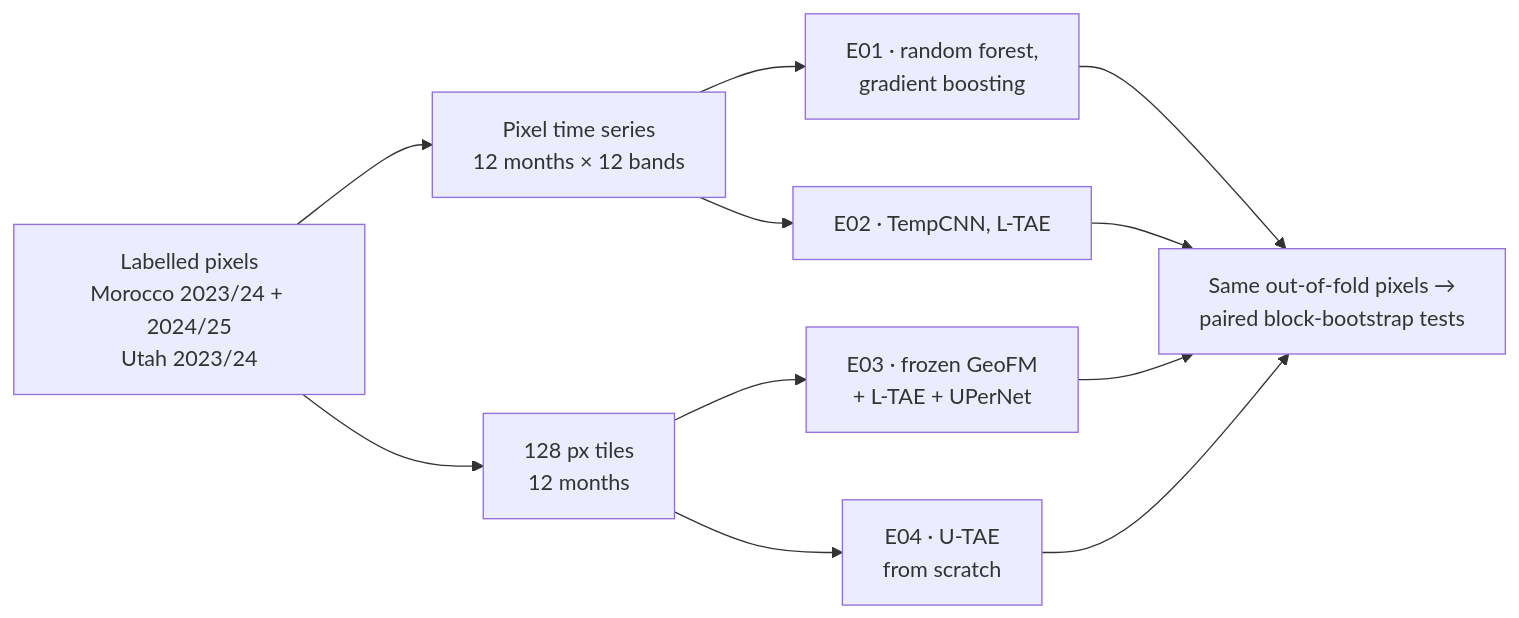
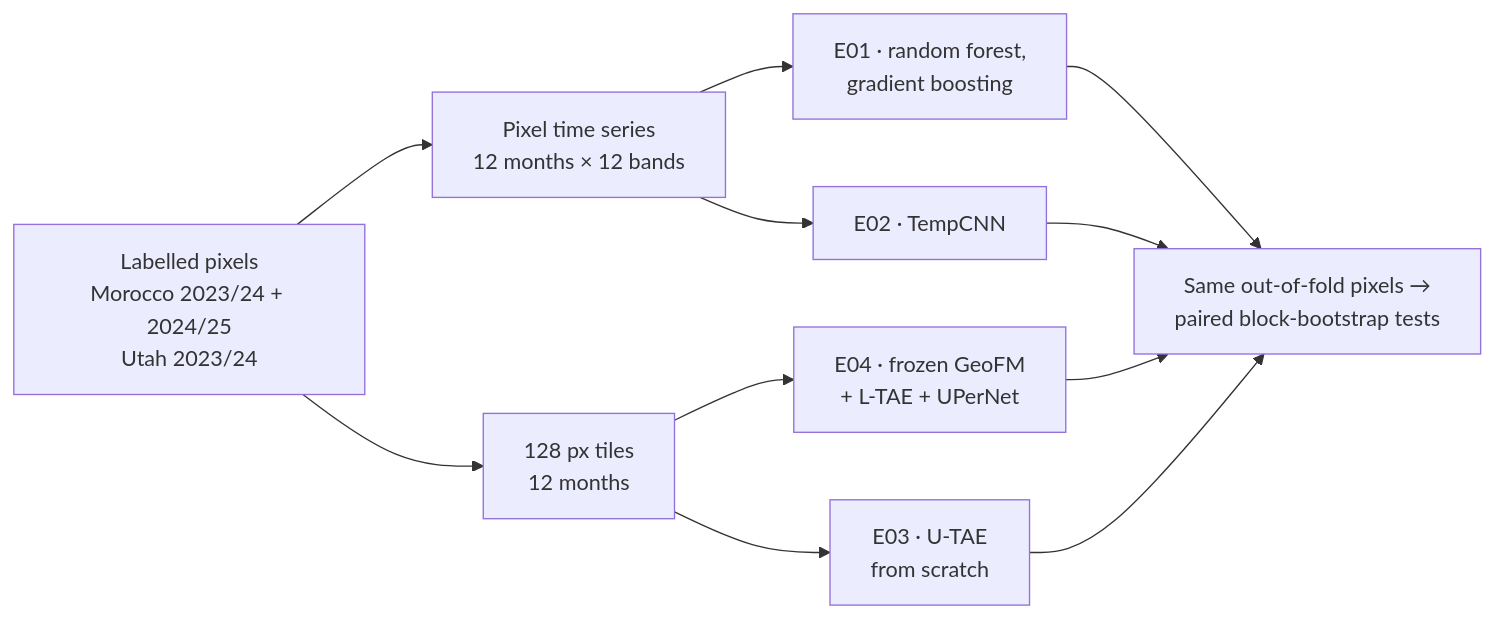
The diagram in docs/phase2_models/experiment_plan.md (amanchry/irrimapping-geofm), drawn with Mermaid before and after one commit. The commit also changed other lines of this file and 123 other files, not shown here.

Commit message:
Renumber E03 U-TAE / E04 frozen GeoFM; comparison page, E05 updates Week 2026-W47: results table and next steps

````diff
--- a/docs/phase2_models/experiment_plan.md
+++ b/docs/phase2_models/experiment_plan.md
@@ -17,13 +17,13 @@
 ```mermaid
 flowchart LR
     S["Labelled pixels<br/>Morocco 2023/24 + 2024/25<br/>Utah 2023/24"] --> P["Pixel time series<br/>12 months × 12 bands"]
     S --> T["128 px tiles<br/>12 months"]
     P --> E01["E01 · random forest,<br/>gradient boosting"]
-    P --> E02["E02 · TempCNN, L-TAE"]
-    T --> E04["E04 · U-TAE<br/>from scratch"]
-    T --> E03["E03 · frozen GeoFM<br/>+ L-TAE + UPerNet"]
+    P --> E02["E02 · TempCNN"]
+    T --> E03["E03 · U-TAE<br/>from scratch"]
+    T --> E04["E04 · frozen GeoFM<br/>+ L-TAE + UPerNet"]
     E01 --> C["Same out-of-fold pixels →<br/>paired block-bootstrap tests"]
     E02 --> C
+    E04 --> C
     E03 --> C
-    E04 --> C
 ```
````
